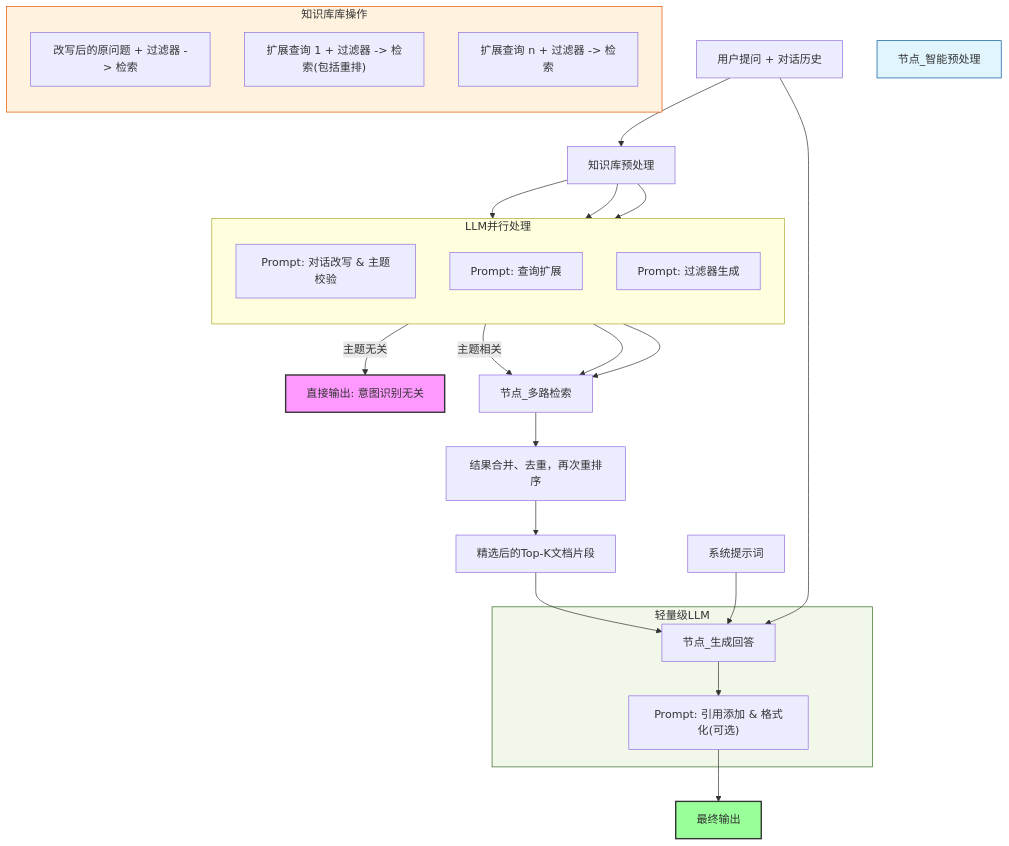
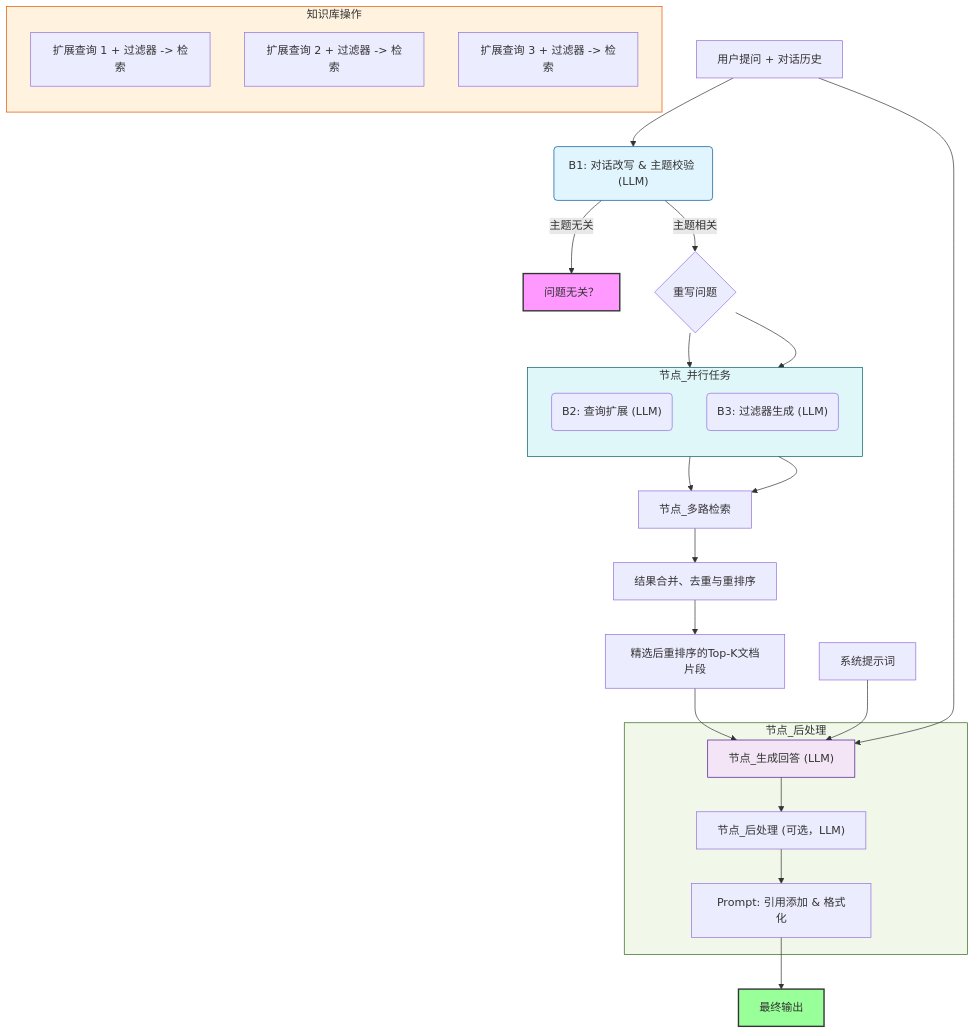
The second of 2 diagrams in README.md (LinkTron-Tech/lintan_qa), drawn with Mermaid before and after one commit.

````diff
--- a/README.md
+++ b/README.md
@@ -59,50 +59,51 @@
 ```mermaid
 flowchart TD
-    A["用户提问 + 对话历史"] --> B["知识库预处理"]
+    A[用户提问 + 对话历史] --> B1("B1: 对话改写 & 主题校验 (LLM)")
 
-    subgraph 知识库预处理 [LLM并行处理]
+    B1 -- 主题无关 --> C1["问题无关？"]
+    
+    B1 -- 主题相关 --> C2{"重写问题"}
+    
+    subgraph 节点_并行任务
         direction TB
-        B1["Prompt: 对话改写 & 主题校验"]
-        B2["Prompt: 查询扩展"]
-        B3["Prompt: 过滤器生成"]
+        B2("B2: 查询扩展 (LLM)")
+        B3("B3: 过滤器生成 (LLM)")
     end
 
-    B --> B1 & B2 & B3
-
-    %% --- 失败路径 ---
-    B1 -- 主题无关 --> C1["直接输出: 意图识别无关"]
-
-    %% --- 检索路径 ---
-    B1 -- 主题相关 --> D["节点_多路检索"]
-    B2 --> D
+    C2 --> B2
+    C2 --> B3
+    
+    B2 --> D["节点_多路检索"]
     B3 --> D
 
-    subgraph 节点_多路检索 ["知识库库操作"]
+    subgraph 节点_多路检索 [知识库操作]
         direction TB
-        D1["改写后的原问题 + 过滤器 -> 检索"]
-        D2["扩展查询 1 + 过滤器 -> 检索(包括重排)"]
-        D3["扩展查询 n + 过滤器 -> 检索"]
+        D1["扩展查询 1 + 过滤器 -> 检索"]
+        D2["扩展查询 2 + 过滤器 -> 检索"]
+        D3["扩展查询 3 + 过滤器 -> 检索"]
         %% ...
     end
 
-    D --> E["结果合并、去重，再次重排序"]
+    D --> E["结果合并、去重与重排序"]
 
-    %% --- 生成路径 ---
-    E --> F["精选后的Top-K文档片段"]
-    A --> G["节点_生成回答"]
+    E --> F[精选后重排序的Top-K文档片段]
+    A --> G["节点_生成回答 (LLM) "]
     F --> G
-    J["系统提示词"] --> G
+    J[系统提示词] --> G
 
-    %% --- 后处理路径 (可选) ---
-    subgraph 节点_后处理 ["轻量级LLM"]
-        G --> H["Prompt: 引用添加 & 格式化(可选)"]
+    subgraph 节点_后处理
+   	    G --> H["节点_后处理 (可选，LLM)"]
+        H --> H1[Prompt: 引用添加 & 格式化]
     end
 
-    H --> L["最终输出"]
+    H1 --> L[最终输出]
 
+    %% Styles
     style C1 fill:#f9f,stroke:#333,stroke-width:2px
     style L fill:#9f9,stroke:#333,stroke-width:2px
-    style 节点_智能预处理 fill:#e1f5fe,stroke:#01579b
+    style B1 fill:#e1f5fe,stroke:#01579b
+    style 节点_并行任务 fill:#e0f7fa,stroke:#006064
     style 节点_多路检索 fill:#fff3e0,stroke:#e65100
+    style G fill:#f3e5f5,stroke:#4a148c
     style 节点_后处理 fill:#f1f8e9,stroke:#33691e
 ```
````
